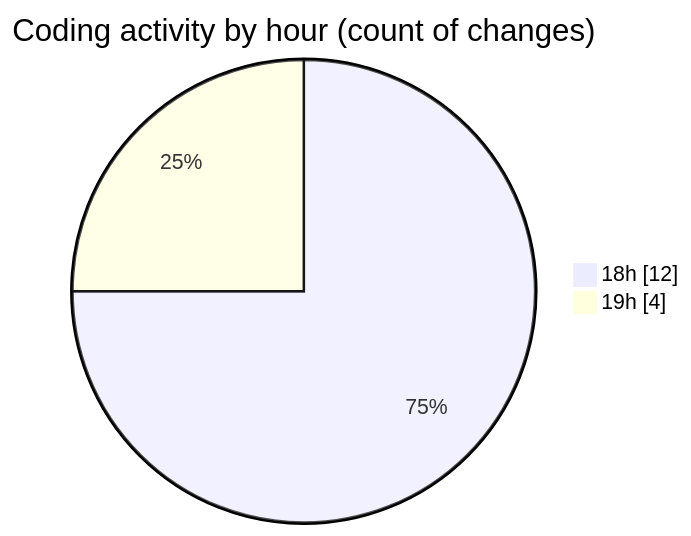
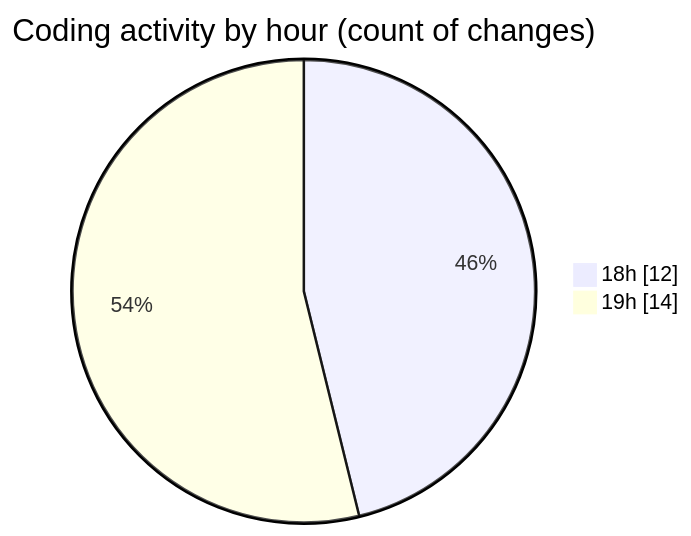
Before and after one commit to MatusMokan/code-tracking: the second of 2 diagrams in 2025-03-14/myws__workspace_/README.md, drawn with Mermaid. The commit also changed other lines of this file and 1 other file, not shown here.

````diff
--- a/2025-03-14/myws__workspace_/README.md
+++ b/2025-03-14/myws__workspace_/README.md
@@ -30,6 +30,6 @@
 ```mermaid
 pie showData
 title Coding activity by hour (count of changes)
 "18h" : 12
-"19h" : 4
+"19h" : 14
 ```
````
